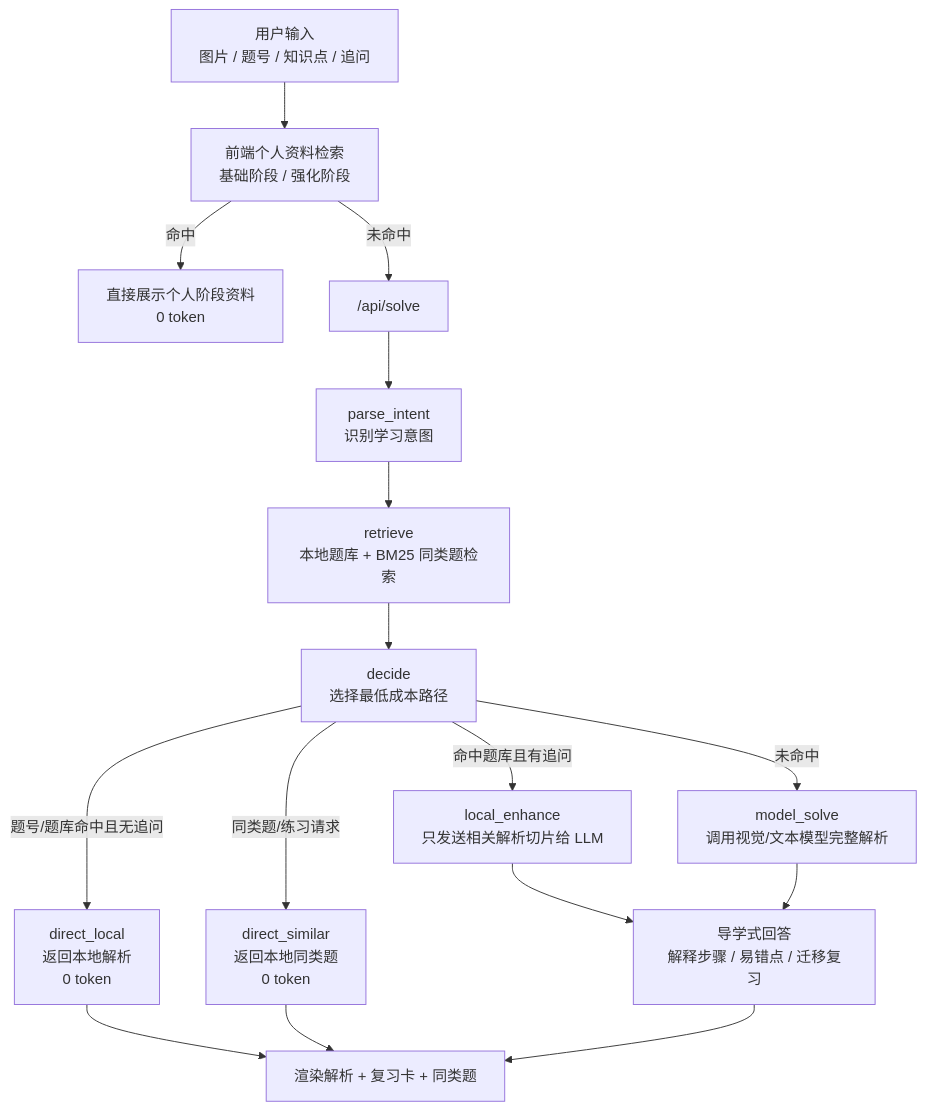
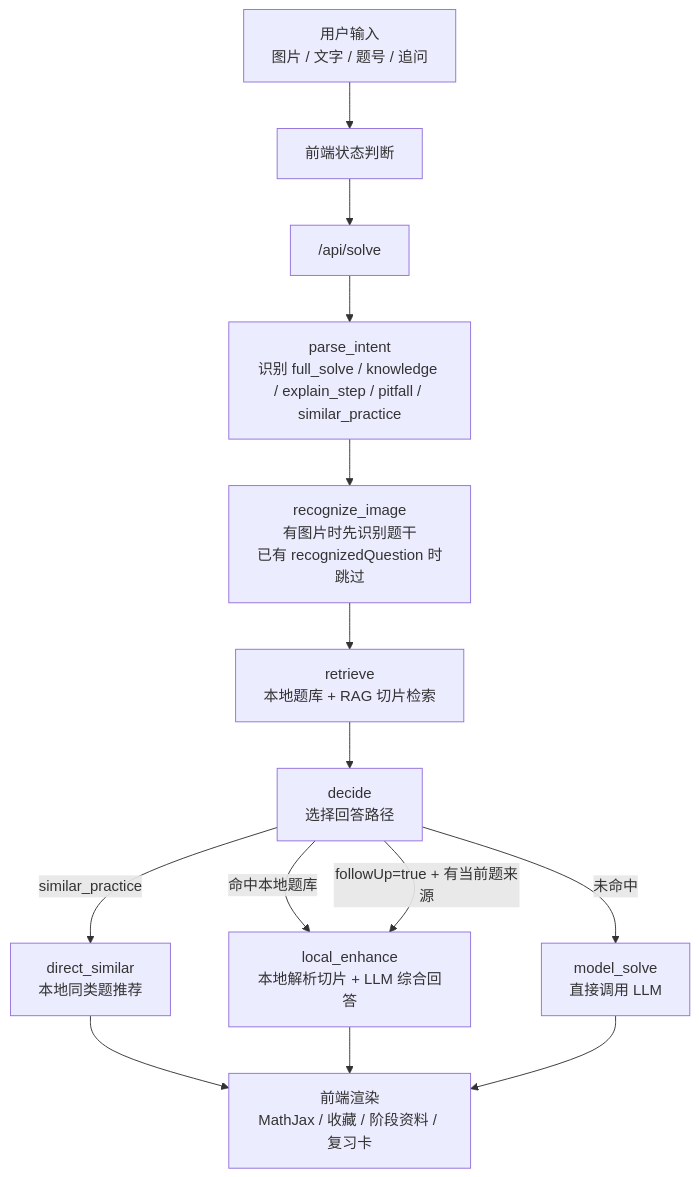
Before and after one commit to libo14/kaoyan-math-agent: the diagram in README.md, drawn with Mermaid. The commit also changed other lines of this file and 5 other files, not shown here.

````diff
--- a/README.md
+++ b/README.md
@@ -169,21 +141,19 @@
 ```mermaid
 flowchart TD
-    A["用户输入<br/>图片 / 题号 / 知识点 / 追问"] --> B["前端个人资料检索<br/>基础阶段 / 强化阶段"]
-    B -->|命中| B1["直接展示个人阶段资料<br/>0 token"]
-    B -->|未命中| C["/api/solve"]
+    A["用户输入<br/>图片 / 文字 / 题号 / 追问"] --> B["前端状态判断"]
+    B --> C["/api/solve"]
 
-    C --> D["parse_intent<br/>识别学习意图"]
-    D --> E["retrieve<br/>本地题库 + BM25 同类题检索"]
-    E --> F["decide<br/>选择最低成本路径"]
+    C --> D["parse_intent<br/>识别 full_solve / knowledge / explain_step / pitfall / similar_practice"]
+    D --> E["recognize_image<br/>有图片时先识别题干<br/>已有 recognizedQuestion 时跳过"]
+    E --> F["retrieve<br/>本地题库 + RAG 切片检索"]
+    F --> G["decide<br/>选择回答路径"]
 
-    F -->|题号/题库命中且无追问| G["direct_local<br/>返回本地解析<br/>0 token"]
-    F -->|同类题/练习请求| H["direct_similar<br/>返回本地同类题<br/>0 token"]
-    F -->|命中题库且有追问| I["local_enhance<br/>只发送相关解析切片给 LLM"]
-    F -->|未命中| J["model_solve<br/>调用视觉/文本模型完整解析"]
+    G -->|similar_practice| H["direct_similar<br/>本地同类题推荐"]
+    G -->|命中本地题库| I["local_enhance<br/>本地解析切片 + LLM 综合回答"]
+    G -->|followUp=true + 有当前题来源| I
+    G -->|未命中| J["model_solve<br/>直接调用 LLM"]
 
-    I --> K["导学式回答<br/>解释步骤 / 易错点 / 迁移复习"]
+    H --> K["前端渲染<br/>MathJax / 收藏 / 阶段资料 / 复习卡"]
+    I --> K
     J --> K
-    G --> L["渲染解析 + 复习卡 + 同类题"]
-    H --> L
-    K --> L
 ```
````
